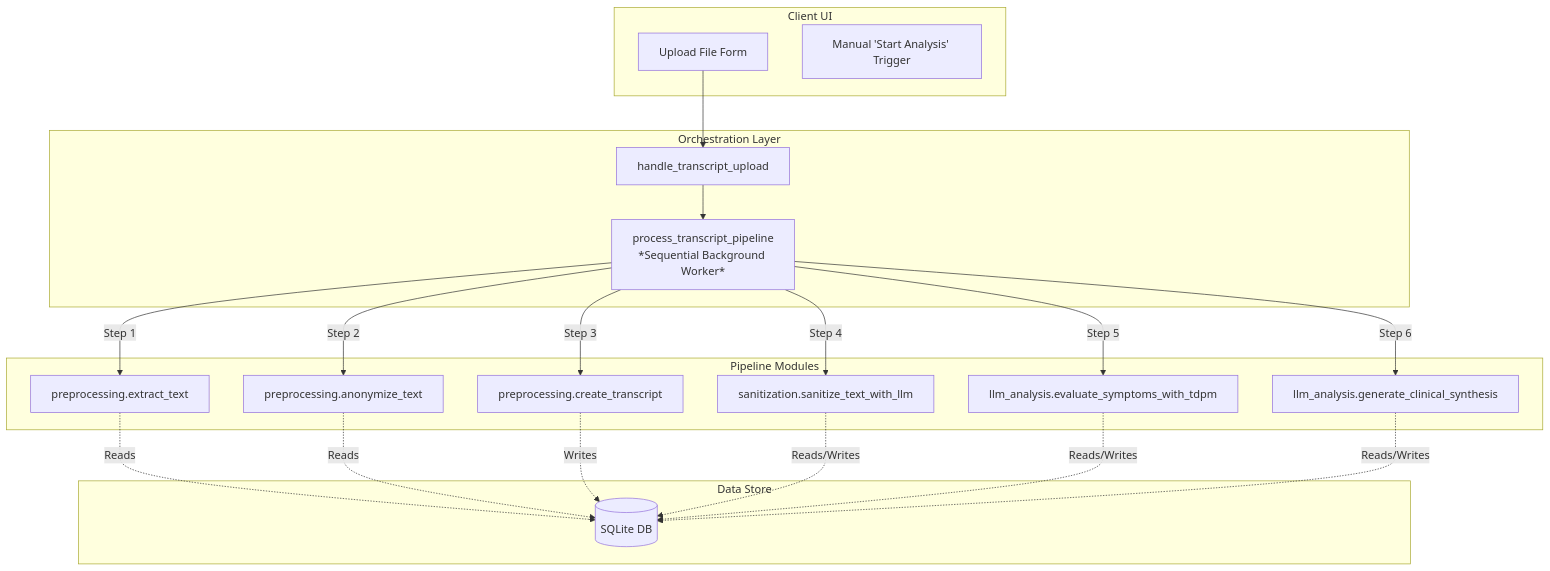
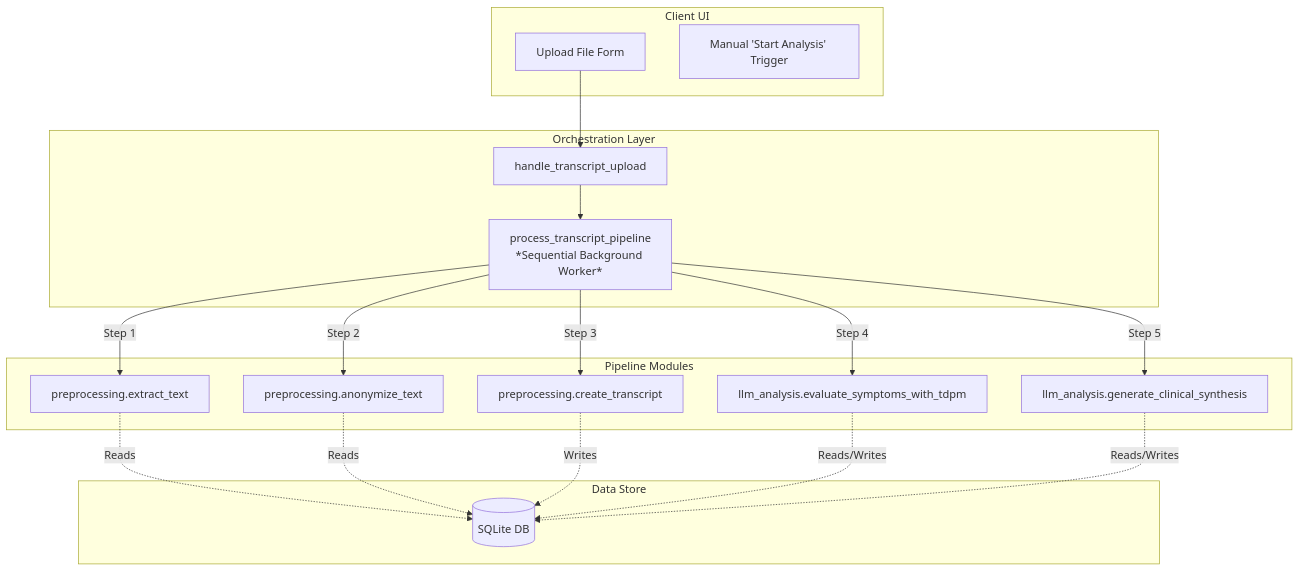
Before and after one commit to wpramio/symptoms-analyser: the diagram in docs/transcript_analysis_pipeline_decoupling_analysis.md, drawn with Mermaid. The commit also changed other lines of this file and 23 other files, not shown here.

````diff
--- a/docs/transcript_analysis_pipeline_decoupling_analysis.md
+++ b/docs/transcript_analysis_pipeline_decoupling_analysis.md
@@ -11,43 +11,40 @@
 ```mermaid
 flowchart TD
     subgraph Client [Client UI]
         Upload[Upload File Form]
         TriggerAnalyze[Manual 'Start Analysis' Trigger]
     end
 
     subgraph Orchestrator [Orchestration Layer]
         UploadHandler[handle_transcript_upload]
         ThreadLinear[process_transcript_pipeline\n*Sequential Background Worker*]
     end
 
     subgraph Modules [Pipeline Modules]
         Extract[preprocessing.extract_text]
         Anon[preprocessing.anonymize_text]
         Create[preprocessing.create_transcript]
-        Sanitize[sanitization.sanitize_text_with_llm]
         TDPM[llm_analysis.evaluate_symptoms_with_tdpm]
         Synth[llm_analysis.generate_clinical_synthesis]
     end
 
     subgraph Data [Data Store]
         DB[(SQLite DB)]
     end
 
     Upload --> UploadHandler
     UploadHandler --> ThreadLinear
     
     %% Current Flow (Solid Arrows)
     ThreadLinear -->|Step 1| Extract
     ThreadLinear -->|Step 2| Anon
     ThreadLinear -->|Step 3| Create
-    ThreadLinear -->|Step 4| Sanitize
-    ThreadLinear -->|Step 5| TDPM
-    ThreadLinear -->|Step 6| Synth
+    ThreadLinear -->|Step 4| TDPM
+    ThreadLinear -->|Step 5| Synth
     
     Extract -.->|Reads| DB
     Anon -.->|Reads| DB
     Create -.->|Writes| DB
-    Sanitize -.->|Reads/Writes| DB
     TDPM -.->|Reads/Writes| DB
     Synth -.->|Reads/Writes| DB
 ```
````
